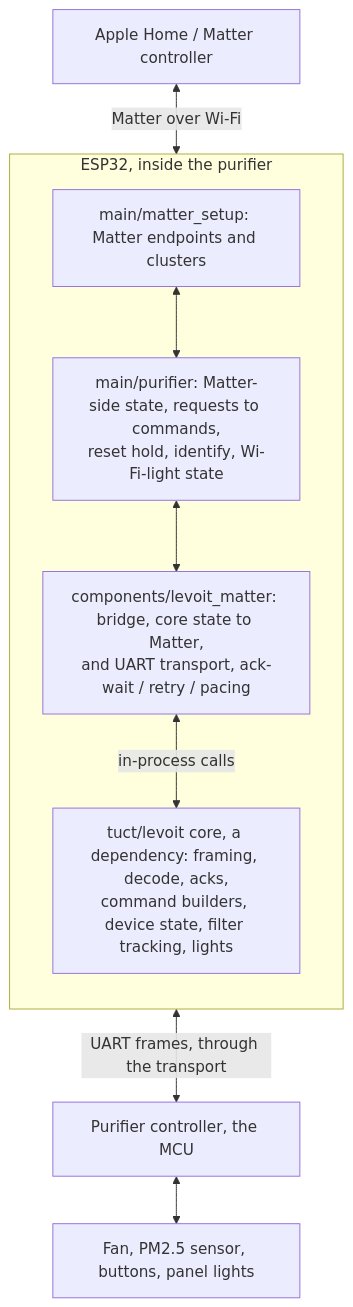
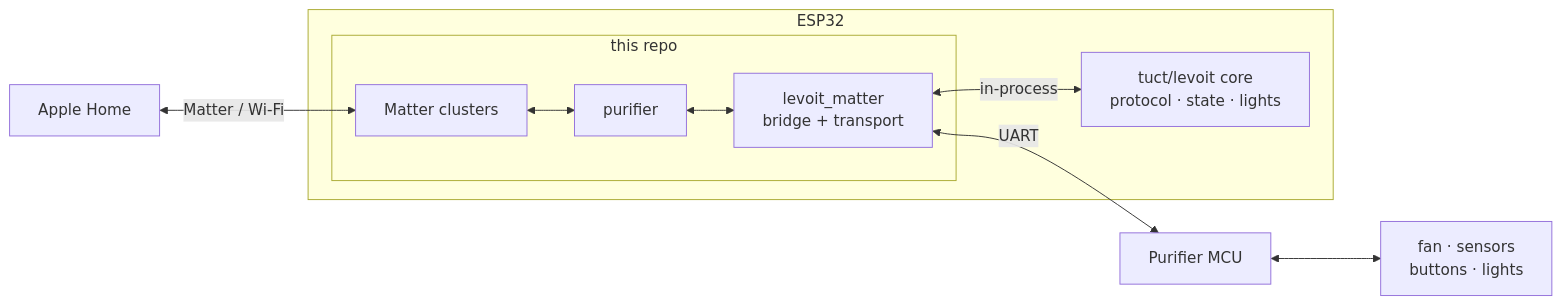
The first of 2 diagrams in docs/DESIGN.md (tadhglewis/levoit-matter), drawn with Mermaid before and after one commit. The commit also changed other lines of this file, not shown here.

Commit message:
Redo the architecture diagram: horizontal, shorter labels (#24)
The vertical stack of long boxes was hard to read. Lay it out left to
right with terse labels (the detail is in the table above), and route
the UART edge from levoit_matter, which drives the wire, with the core
hanging off it in-process rather than touching the MCU directly.

````diff
--- a/docs/DESIGN.md
+++ b/docs/DESIGN.md
@@ -51,20 +51,21 @@
 ```mermaid
-graph TB
-    Home["Apple Home / Matter controller"]
-    subgraph esp["ESP32, inside the purifier"]
-        direction TB
-        ms["main/matter_setup: Matter endpoints and clusters"]
-        pu["main/purifier: Matter-side state, requests to commands,<br/>reset hold, identify, Wi-Fi-light state"]
-        br["components/levoit_matter: bridge, core state to Matter,<br/>and UART transport, ack-wait / retry / pacing"]
-        core["tuct/levoit core, a dependency: framing, decode, acks,<br/>command builders, device state, filter tracking, lights"]
+graph LR
+    Home["Apple Home"]
+    subgraph esp["ESP32"]
+        subgraph repo["this repo"]
+            M["Matter clusters"]
+            P["purifier"]
+            L["levoit_matter<br/>bridge + transport"]
+        end
+        C["tuct/levoit core<br/>protocol · state · lights"]
     end
-    mcu["Purifier controller, the MCU"]
-    hw["Fan, PM2.5 sensor, buttons, panel lights"]
+    MCU["Purifier MCU"]
+    HW["fan · sensors<br/>buttons · lights"]
 
-    Home <-->|"Matter over Wi-Fi"| ms
-    ms <--> pu
-    pu <--> br
-    br <-->|"in-process calls"| core
-    core <-->|"UART frames, through the transport"| mcu
-    mcu <--> hw
+    Home <-->|"Matter / Wi-Fi"| M
+    M <--> P
+    P <--> L
+    L <-->|"in-process"| C
+    L <-->|"UART"| MCU
+    MCU <--> HW
 ```
````
